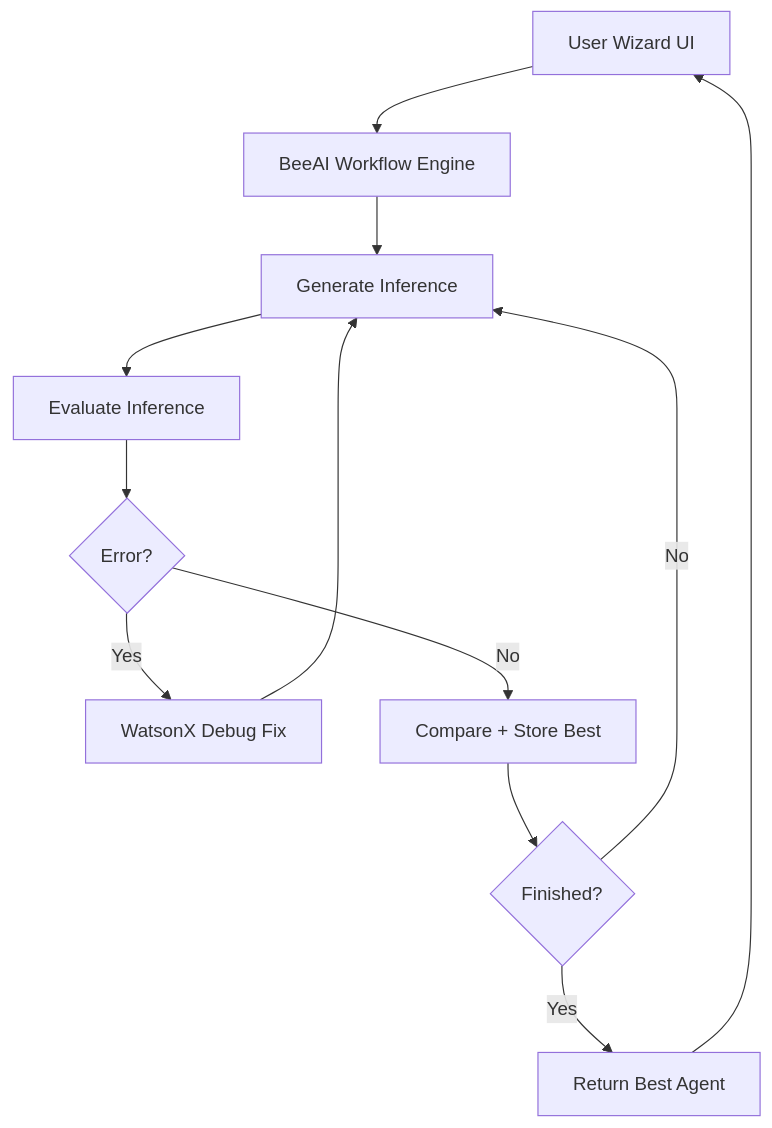
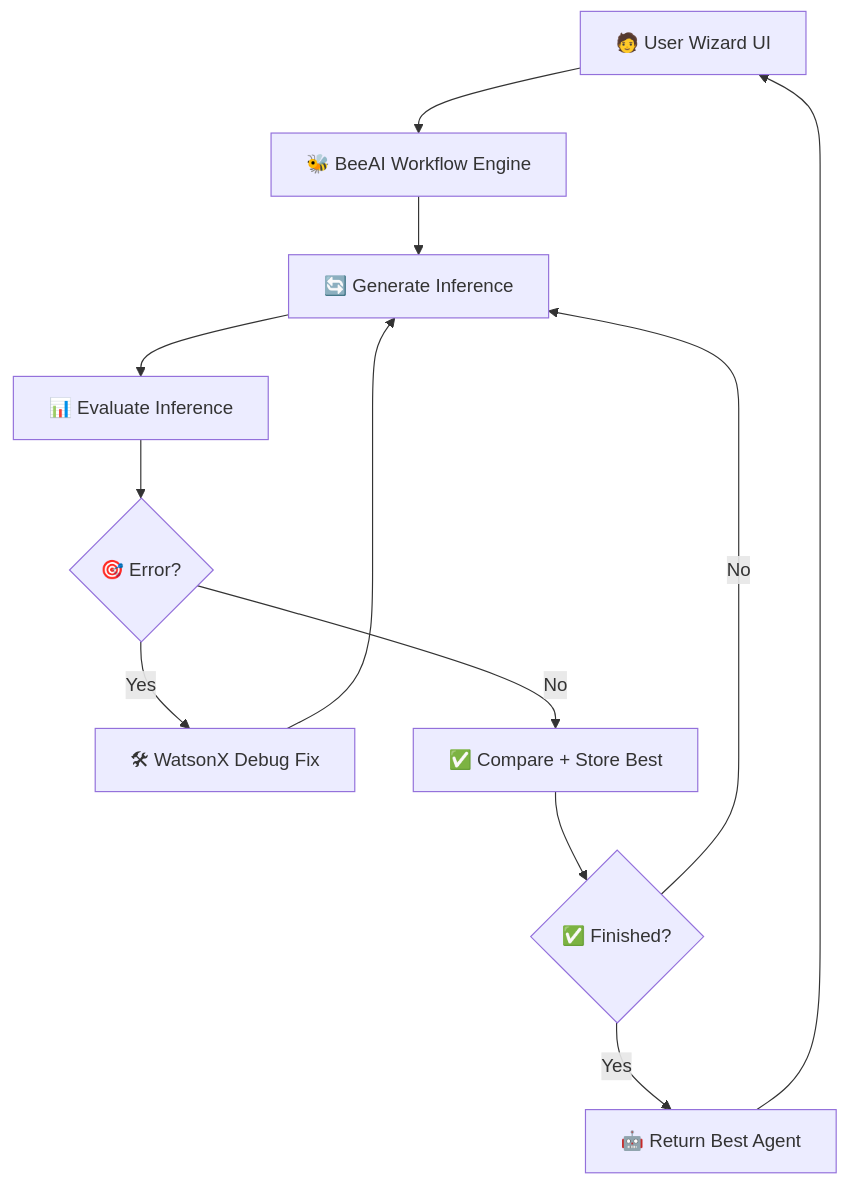
The diagram in README.md (ruslanmv/watsonx-inference-matcher-beeai), drawn with Mermaid before and after one commit.

````diff
--- a/README.md
+++ b/README.md
@@ -208,14 +208,14 @@
 ```mermaid
 flowchart TD
-    A[User Wizard UI] --> B[BeeAI Workflow Engine]
-    B --> C[Generate Inference]
-    C --> D[Evaluate Inference]
-    D --> E{Error?}
-    E -- Yes --> F[WatsonX Debug Fix]
+    A[🧑 User Wizard UI] --> B[🐝 BeeAI Workflow Engine]
+    B --> C[🔄 Generate Inference]
+    C --> D[📊 Evaluate Inference]
+    D --> E{🎯 Error?}
+    E -- Yes --> F[🛠 WatsonX Debug Fix]
     F --> C
-    E -- No --> G[Compare + Store Best]
-    G --> H{Finished?}
+    E -- No --> G[✅ Compare + Store Best]
+    G --> H{✅ Finished?}
     H -- No --> C
-    H -- Yes --> I[Return Best Agent]
+    H -- Yes --> I[🤖 Return Best Agent]
     I --> A
 ```
````
